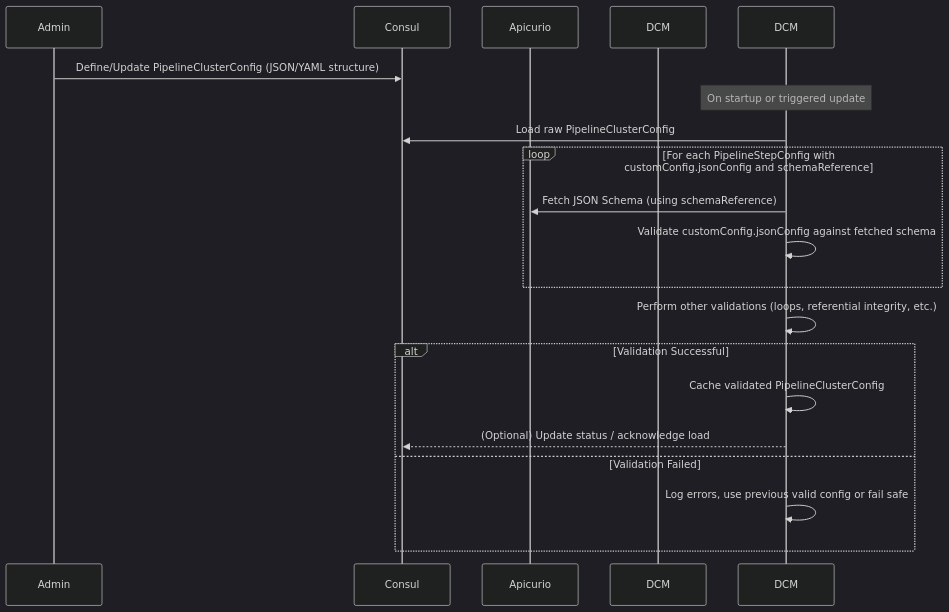
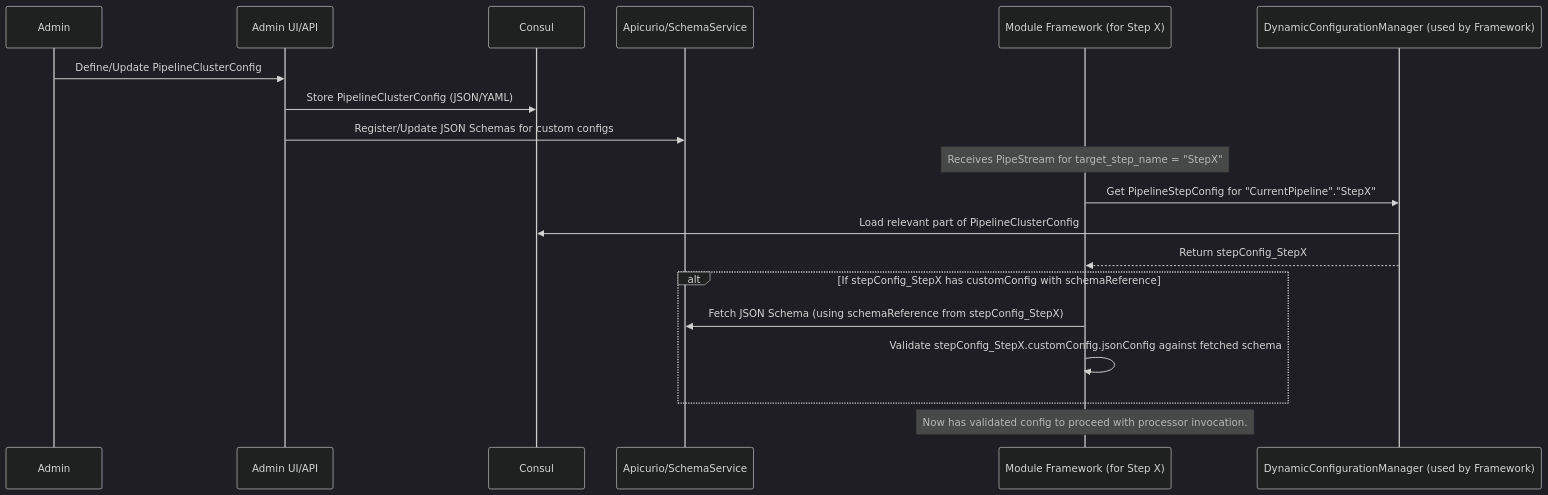
Before and after one commit to krickert/micronaut-multiproject-example: the first of 3 diagrams in docs/architecture_overview.md, drawn with Mermaid (dark theme). The commit also changed other lines of this file, not shown here.

````diff
--- a/docs/architecture_overview.md
+++ b/docs/architecture_overview.md
@@ -207,22 +229,24 @@
 ```mermaid
 sequenceDiagram
     participant Admin
+    participant AdminAPI_UI as Admin UI/API
     participant Consul
-    participant SchemaRegistry as Apicurio
-    participant DynamicConfigurationManager as DCM
+    participant SchemaRegistry as Apicurio/SchemaService
+    participant ModuleStepX_Framework as Module Framework (for Step X)
+    participant DCM as DynamicConfigurationManager (used by Framework)
 
-    Admin->>Consul: Define/Update PipelineClusterConfig (JSON/YAML structure)
-    Note over DCM: On startup or triggered update
-    DCM->>Consul: Load raw PipelineClusterConfig
-    loop For each PipelineStepConfig with customConfig.jsonConfig and schemaReference
-        DCM->>SchemaRegistry: Fetch JSON Schema (using schemaReference)
-        DCM->>DCM: Validate customConfig.jsonConfig against fetched schema
+    Admin->>AdminAPI_UI: Define/Update PipelineClusterConfig
+    AdminAPI_UI->>Consul: Store PipelineClusterConfig (JSON/YAML)
+    AdminAPI_UI->>SchemaRegistry: Register/Update JSON Schemas for custom configs
+
+    Note over ModuleStepX_Framework: Receives PipeStream for target_step_name = "StepX"
+    ModuleStepX_Framework->>DCM: Get PipelineStepConfig for "CurrentPipeline"."StepX"
+    DCM->>Consul: Load relevant part of PipelineClusterConfig
+    DCM-->>ModuleStepX_Framework: Return stepConfig_StepX
+
+    alt If stepConfig_StepX has customConfig with schemaReference
+        ModuleStepX_Framework->>SchemaRegistry: Fetch JSON Schema (using schemaReference from stepConfig_StepX)
+        ModuleStepX_Framework->>ModuleStepX_Framework: Validate stepConfig_StepX.customConfig.jsonConfig against fetched schema
     end
-    DCM->>DCM: Perform other validations (loops, referential integrity, etc.)
-    alt Validation Successful
-        DCM->>DCM: Cache validated PipelineClusterConfig
-        DCM-->>Consul: (Optional) Update status / acknowledge load
-    else Validation Failed
-        DCM->>DCM: Log errors, use previous valid config or fail safe
-    end
+    Note over ModuleStepX_Framework: Now has validated config to proceed with processor invocation.
 ```
````
